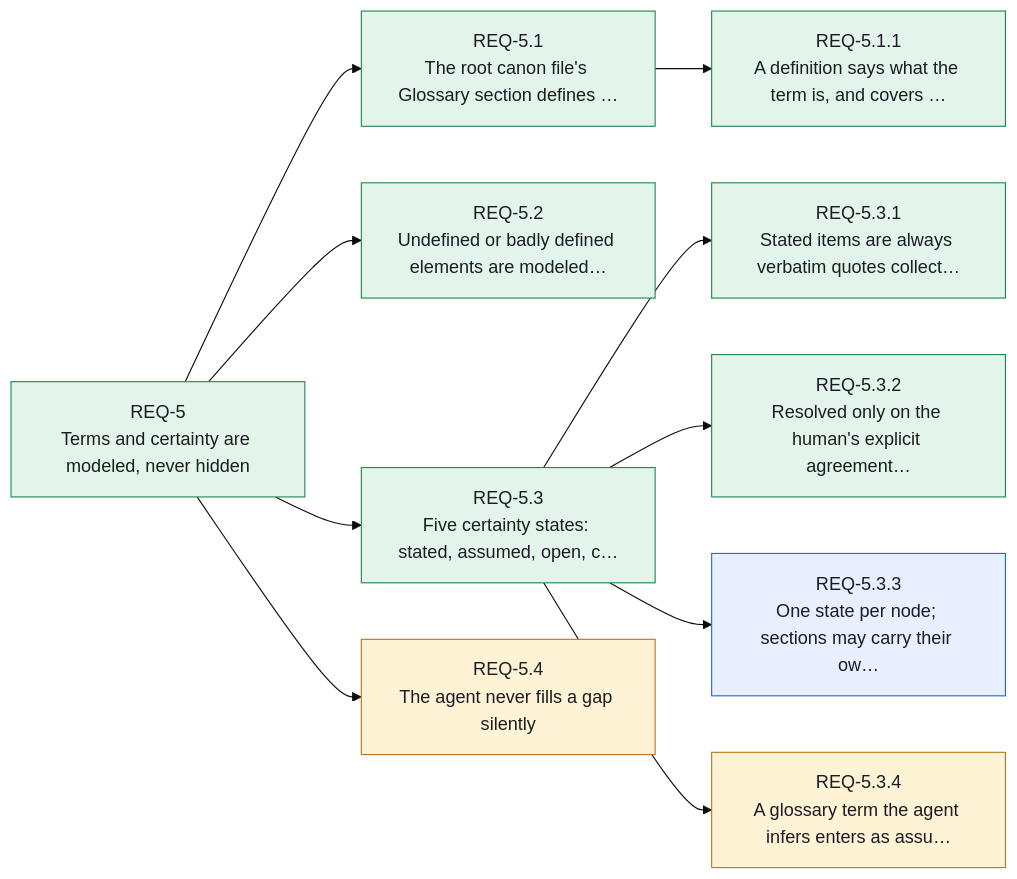
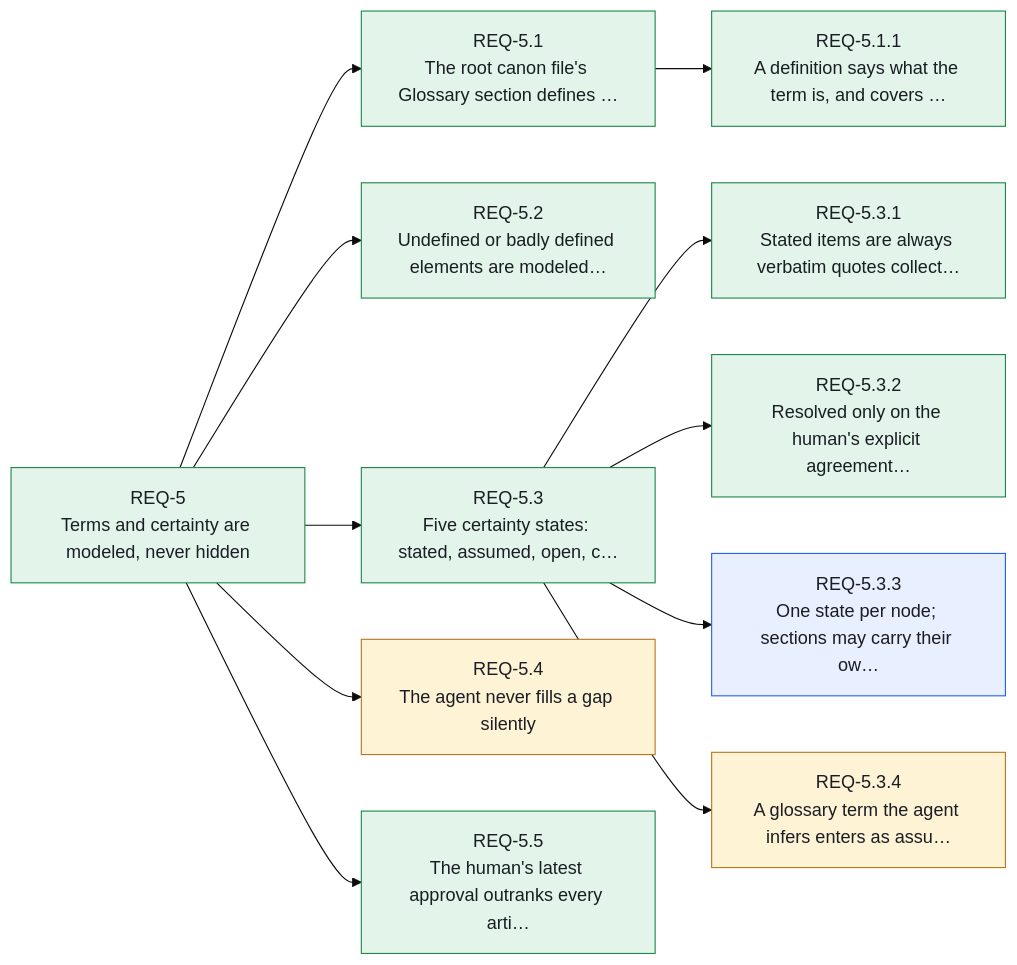
Before and after one commit to Althis/headcanon: the sixth of 14 diagrams in canon/INDEX.md, drawn with Mermaid (base theme). The commit also changed other lines of this file and 3 other files, not shown here.

First line of the commit message:
feat(plugin): the latest approval outranks artifacts; artifacts pre-fill and validate

````diff
--- a/canon/INDEX.md
+++ b/canon/INDEX.md
@@ -315,27 +317,29 @@
 ```mermaid
 flowchart LR
     REQ_5["REQ-5<br/>Terms and certainty are modeled, never hidden"]:::stated
     REQ_5_1["REQ-5.1<br/>The root canon file's Glossary section defines …"]:::stated
     REQ_5_1_1["REQ-5.1.1<br/>A definition says what the term is, and covers …"]:::stated
     REQ_5_2["REQ-5.2<br/>Undefined or badly defined elements are modeled…"]:::stated
     REQ_5_3["REQ-5.3<br/>Five certainty states: stated, assumed, open, c…"]:::stated
     REQ_5_3_1["REQ-5.3.1<br/>Stated items are always verbatim quotes collect…"]:::stated
     REQ_5_3_2["REQ-5.3.2<br/>Resolved only on the human's explicit agreement…"]:::stated
     REQ_5_3_3["REQ-5.3.3<br/>One state per node; sections may carry their ow…"]:::resolved
     REQ_5_3_4["REQ-5.3.4<br/>A glossary term the agent infers enters as assu…"]:::assumed
     REQ_5_4["REQ-5.4<br/>The agent never fills a gap silently"]:::assumed
+    REQ_5_5["REQ-5.5<br/>The human's latest approval outranks every arti…"]:::stated
     REQ_5 --> REQ_5_1
     REQ_5_1 --> REQ_5_1_1
     REQ_5 --> REQ_5_2
     REQ_5 --> REQ_5_3
     REQ_5_3 --> REQ_5_3_1
     REQ_5_3 --> REQ_5_3_2
     REQ_5_3 --> REQ_5_3_3
     REQ_5_3 --> REQ_5_3_4
     REQ_5 --> REQ_5_4
+    REQ_5 --> REQ_5_5
     classDef stated fill:#e3f5ea,stroke:#1f8a4c,color:#1a1d23
     classDef resolved fill:#e8efff,stroke:#2563eb,color:#1a1d23
     classDef assumed fill:#fff3d6,stroke:#b7791f,color:#1a1d23
     classDef open fill:#ece9fb,stroke:#6b5bd2,color:#1a1d23
     classDef contested fill:#fde7e8,stroke:#d13438,color:#1a1d23
 ```
````
